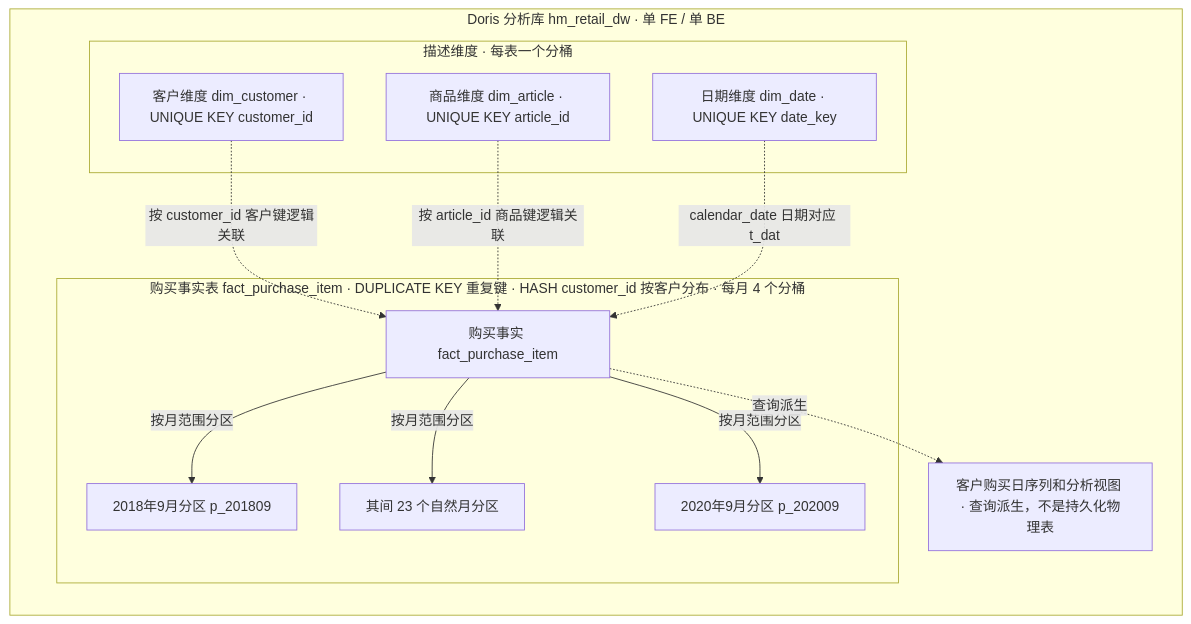
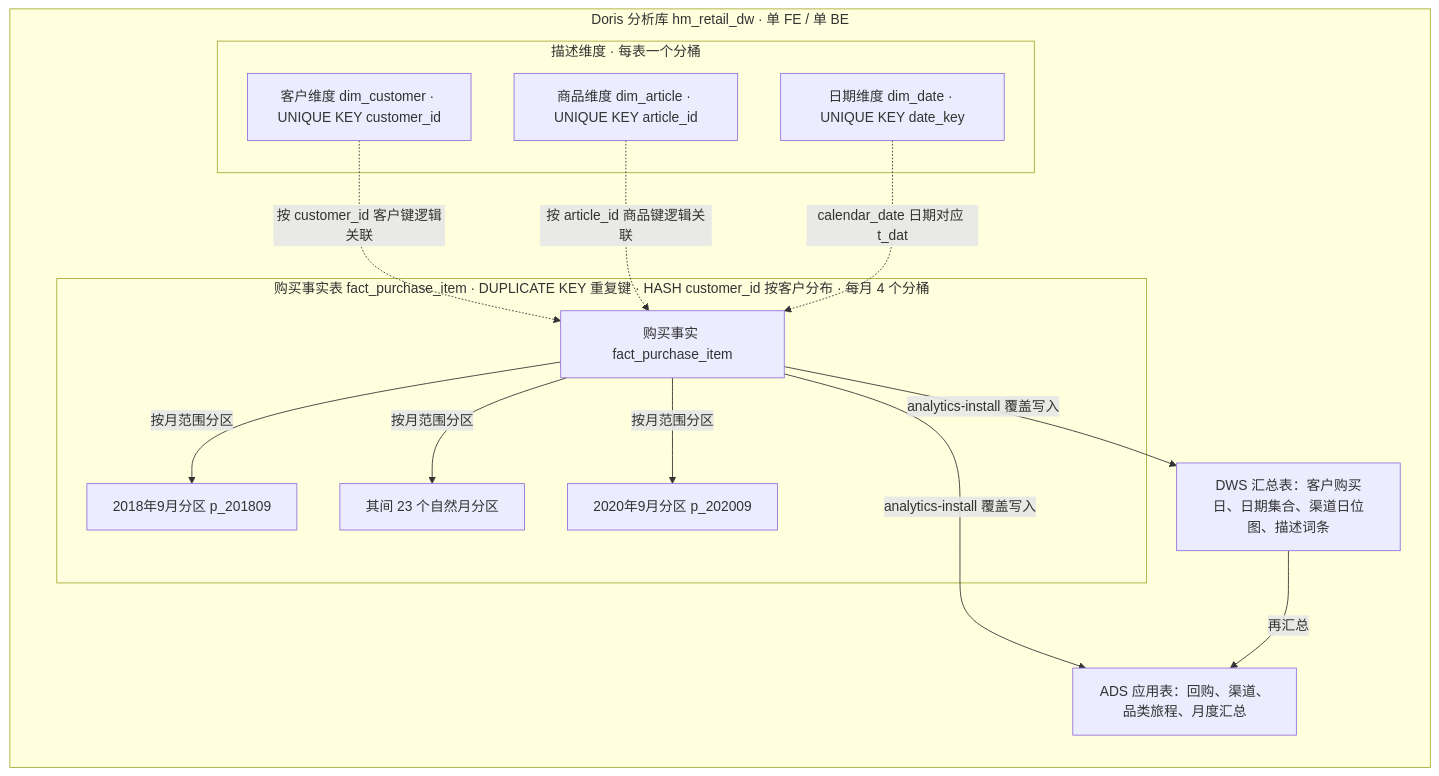
Before and after one commit to SongYunq/industry-data-warehouse: the diagram in docs/06-物理设计.md, drawn with Mermaid. The commit also changed other lines of this file and 12 other files, not shown here.

First line of the commit message:
feat: 将 DWS 与 ADS 落成可刷新的 Doris 表

````diff
--- a/docs/06-物理设计.md
+++ b/docs/06-物理设计.md
@@ -30,27 +55,30 @@
 ```mermaid
 flowchart LR
     subgraph DB[Doris 分析库 hm_retail_dw · 单 FE / 单 BE]
         subgraph FT[购买事实表 fact_purchase_item · DUPLICATE KEY 重复键 · HASH customer_id 按客户分布 · 每月 4 个分桶]
             F[购买事实 fact_purchase_item]
             P18[2018年9月分区 p_201809]
             PM[其间 23 个自然月分区]
             P20[2020年9月分区 p_202009]
             F -->|按月范围分区| P18
             F -->|按月范围分区| PM
             F -->|按月范围分区| P20
         end
 
         subgraph DM[描述维度 · 每表一个分桶]
             DC[客户维度 dim_customer · UNIQUE KEY customer_id]
             DA[商品维度 dim_article · UNIQUE KEY article_id]
             DD[日期维度 dim_date · UNIQUE KEY date_key]
         end
 
-        V[客户购买日序列和分析视图 · 查询派生，不是持久化物理表]
+        DWS[DWS 汇总表：客户购买日、日期集合、渠道日位图、描述词条]
+        ADS[ADS 应用表：回购、渠道、品类旅程、月度汇总]
     end
 
     DC -. 按 customer_id 客户键逻辑关联 .-> F
     DA -. 按 article_id 商品键逻辑关联 .-> F
     DD -. calendar_date 日期对应 t_dat .-> F
-    F -. 查询派生 .-> V
+    F -->|analytics-install 覆盖写入| DWS
+    F -->|analytics-install 覆盖写入| ADS
+    DWS -->|再汇总| ADS
 ```
````
